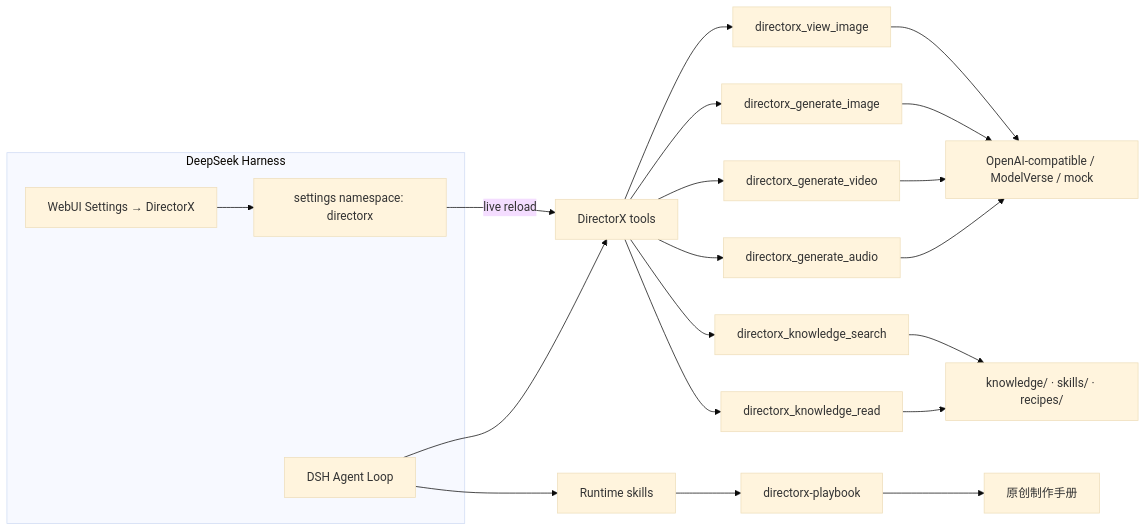
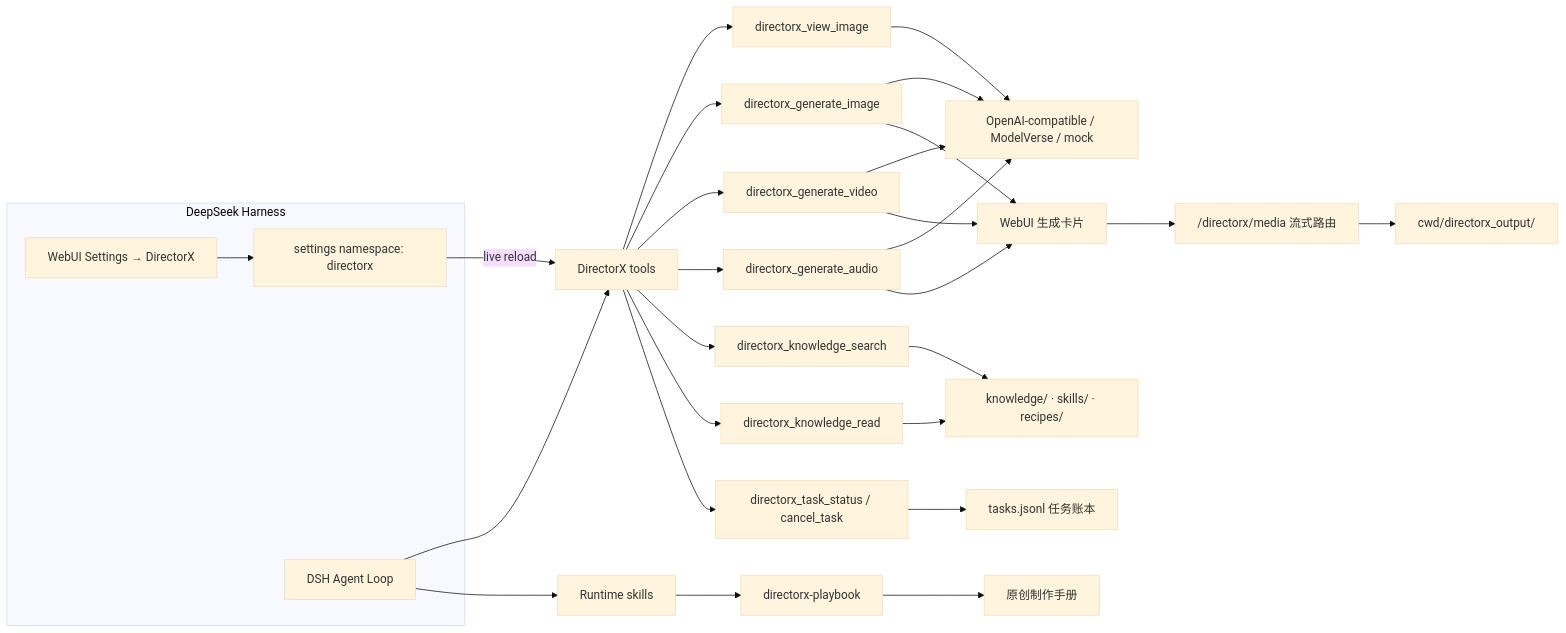
The diagram in README.md (LaplaceYoung/dsh-directorx), drawn with Mermaid (base theme) before and after one commit. The commit also changed other lines of this file and 42 other files, not shown here.

First line of the commit message:
feat: DirectorX production suite — media pipeline, WebUI editing dock, orchestration

````diff
--- a/README.md
+++ b/README.md
@@ -47,23 +47,29 @@
 ```mermaid
 flowchart LR
   subgraph DSH["DeepSeek Harness"]
     UI["WebUI Settings → DirectorX"] --> CFG["settings namespace: directorx"]
     LOOP["DSH Agent Loop"]
   end
 
   CFG -->|live reload| TOOLS["DirectorX tools"]
   LOOP --> TOOLS
   LOOP --> SKILLS["Runtime skills"]
 
   TOOLS --> VISION["directorx_view_image"]
   TOOLS --> IMAGE["directorx_generate_image"]
   TOOLS --> VIDEO["directorx_generate_video"]
   TOOLS --> AUDIO["directorx_generate_audio"]
   TOOLS --> SEARCH["directorx_knowledge_search"]
   TOOLS --> READ["directorx_knowledge_read"]
+  TOOLS --> STATUS["directorx_task_status / cancel_task"]
+  STATUS --> LEDGER["tasks.jsonl 任务账本"]
 
   VISION & IMAGE & VIDEO & AUDIO --> API["OpenAI-compatible / ModelVerse / mock"]
   SEARCH & READ --> CORPUS["knowledge/ · skills/ · recipes/"]
   SKILLS --> PLAYBOOK["directorx-playbook"]
   PLAYBOOK --> NOTES["原创制作手册"]
+
+  IMAGE & VIDEO & AUDIO --> CARDS["WebUI 生成卡片"]
+  CARDS --> MEDIA["/directorx/media 流式路由"]
+  MEDIA --> OUT["cwd/directorx_output/"]
 ```
````
